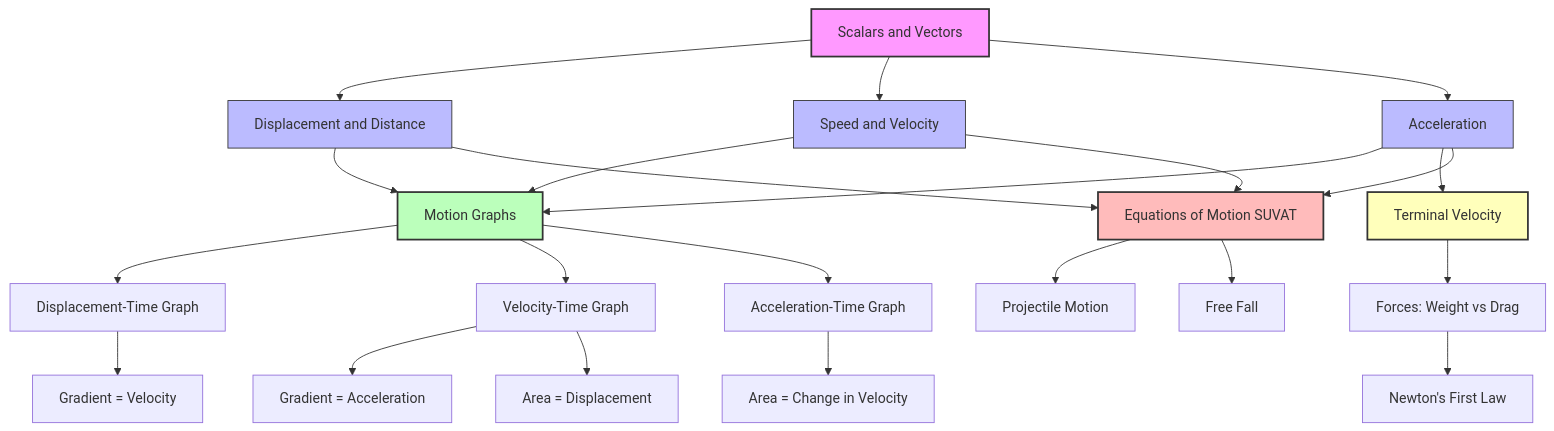
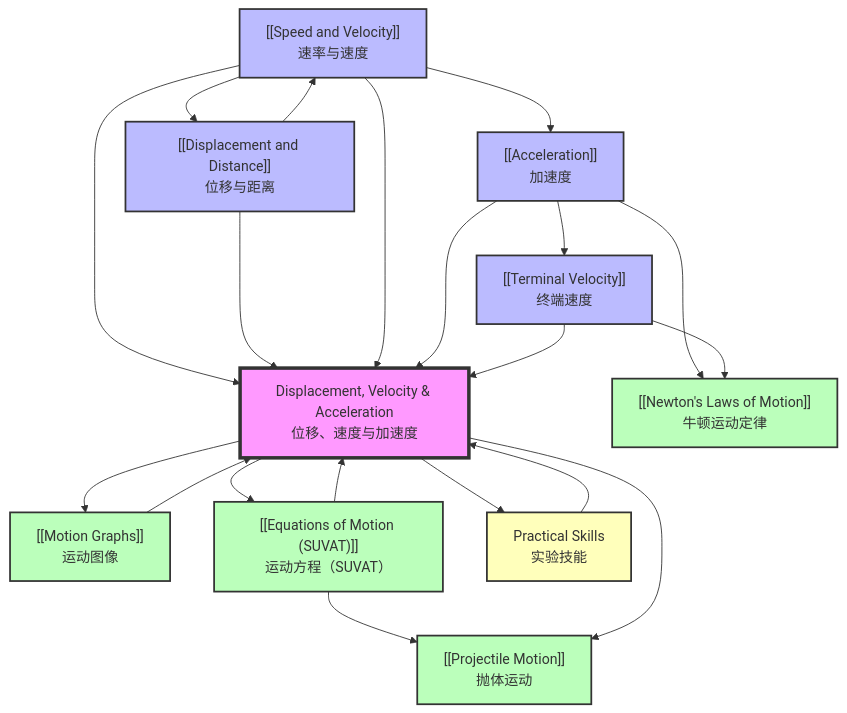
Before and after one commit to SHAWLIN27/alp-net: the diagram in vault/01-Mechanics/01-Kinematics/Displacement, Velocity and Acceleration/Displacement, Velocity and Acceleration.md, drawn with Mermaid. The commit also changed other lines of this file and 469 other files, not shown here.

````diff
--- a/vault/01-Mechanics/01-Kinematics/Displacement, Velocity and Acceleration/Displacement, Velocity and Acceleration.md
+++ b/vault/01-Mechanics/01-Kinematics/Displacement, Velocity and Acceleration/Displacement, Velocity and Acceleration.md
@@ -491,38 +802,62 @@
 ```mermaid
 graph TD
-    A[Scalars and Vectors] --> B[Displacement and Distance]
-    A --> C[Speed and Velocity]
-    A --> D[Acceleration]
+    %% Central Topic
+    DVA["Displacement, Velocity & Acceleration<br/>位移、速度与加速度"]
     
-    B --> E[Motion Graphs]
-    C --> E
-    D --> E
+    %% Prerequisites
+    SV["[[Scalars and Vectors]]<br/>标量与矢量"]
+    SV --> DVA
     
-    E --> F[Displacement-Time Graph]
-    E --> G[Velocity-Time Graph]
-    E --> H[Acceleration-Time Graph]
+    %% Sub-topics (Leaf Nodes)
+    DD["[[Displacement and Distance]]<br/>位移与距离"]
+    SV --> DD
+    DD --> DVA
     
-    F --> I[Gradient = Velocity]
-    G --> J[Gradient = Acceleration]
-    G --> K[Area = Displacement]
-    H --> L[Area = Change in Velocity]
+    SV["[[Speed and Velocity]]<br/>速率与速度"]
+    SV --> DVA
     
-    D --> M[Terminal Velocity]
-    M --> N[Forces: Weight vs Drag]
-    N --> O[Newton's First Law]
+    ACC["[[Acceleration]]<br/>加速度"]
+    ACC --> DVA
     
-    B --> P[Equations of Motion SUVAT]
-    C --> P
-    D --> P
+    TV["[[Terminal Velocity]]<br/>终端速度"]
+    TV --> DVA
     
-    P --> Q[Projectile Motion]
-    P --> R[Free Fall]
+    %% Related Topics
+    MG["[[Motion Graphs]]<br/>运动图像"]
+    DVA --> MG
+    MG --> DVA
     
-    style A fill:#f9f,stroke:#333,stroke-width:2px
-    style B fill:#bbf,stroke:#333,stroke-width:1px
-    style C fill:#bbf,stroke:#333,stroke-width:1px
-    style D fill:#bbf,stroke:#333,stroke-width:1px
-    style E fill:#bfb,stroke:#333,stroke-width:2px
-    style M fill:#ffb,stroke:#333,stroke-width:2px
-    style P fill:#fbb,stroke:#333,stroke-width:2px
+    SUVAT["[[Equations of Motion (SUVAT)]]<br/>运动方程（SUVAT）"]
+    DVA --> SUVAT
+    SUVAT --> DVA
+    
+    %% Connections between sub-topics
+    DD --> SV
+    SV --> ACC
+    ACC --> TV
+    
+    %% Practical Skills
+    PS["Practical Skills<br/>实验技能"]
+    DVA --> PS
+    PS --> DVA
+    
+    %% Higher-level connections
+    NL["[[Newton's Laws of Motion]]<br/>牛顿运动定律"]
+    ACC --> NL
+    TV --> NL
+    
+    PM["[[Projectile Motion]]<br/>抛体运动"]
+    SUVAT --> PM
+    DVA --> PM
+    
+    %% Styling
+    classDef central fill:#f9f,stroke:#333,stroke-width:4px;
+    classDef subtopic fill:#bbf,stroke:#333,stroke-width:2px;
+    classDef related fill:#bfb,stroke:#333,stroke-width:2px;
+    classDef practical fill:#ffb,stroke:#333,stroke-width:2px;
+    
+    class DVA central;
+    class DD,SV,ACC,TV subtopic;
+    class MG,SUVAT,NL,PM related;
+    class PS practical;
 ```
````
